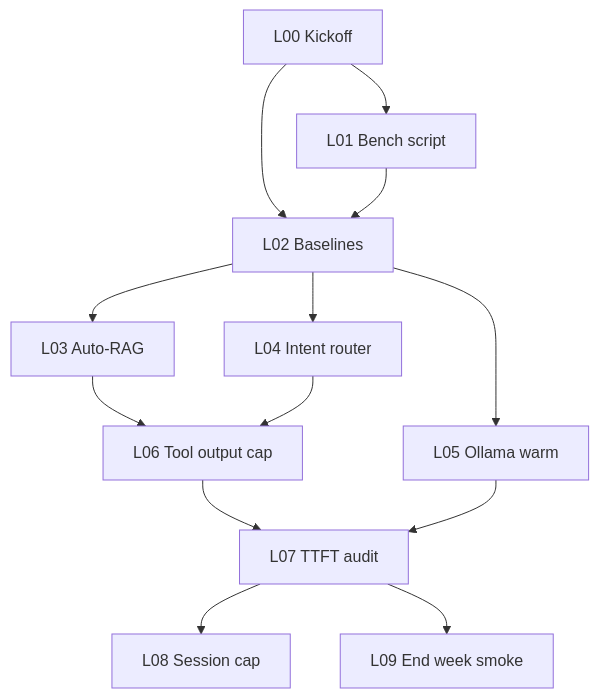
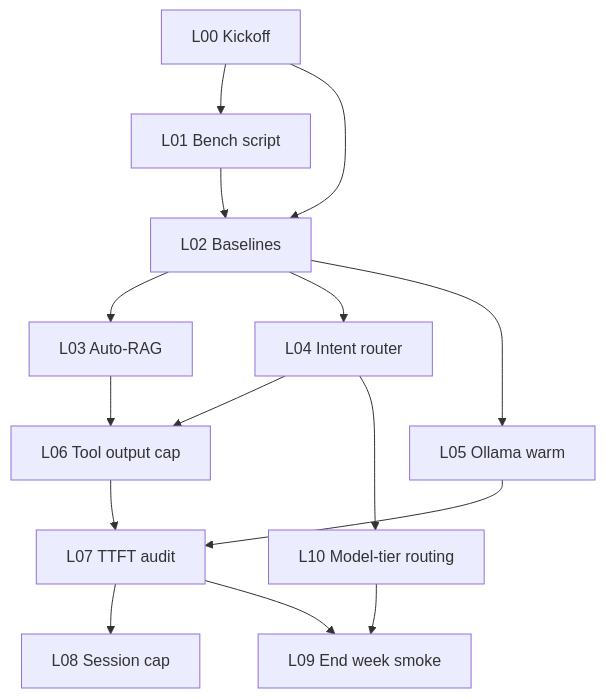
One commit to EduAI-Lab/EduAI changed the second of 2 diagrams in docs/rag-ai/latency/eduai-summer-2026/TEAM_CHAT_LATENCY_SPRINT_GUIDE.md. Above: the diagram before and after it, drawn with Mermaid. The commit also changed other lines of this file and 1 other file, not shown here.

First line of the commit message:
docs(chat-latency): drop web search, switch L02 to dev server, add L10 tier routing

````diff
--- a/docs/rag-ai/latency/eduai-summer-2026/TEAM_CHAT_LATENCY_SPRINT_GUIDE.md
+++ b/docs/rag-ai/latency/eduai-summer-2026/TEAM_CHAT_LATENCY_SPRINT_GUIDE.md
@@ -96,15 +99,17 @@
 ```mermaid
 flowchart TB
   L00[L00 Kickoff] --> L01[L01 Bench script]
   L00 --> L02[L02 Baselines]
   L01 --> L02
   L02 --> L03[L03 Auto-RAG]
   L02 --> L04[L04 Intent router]
   L03 --> L06[L06 Tool output cap]
   L04 --> L06
   L02 --> L05[L05 Ollama warm]
   L06 --> L07[L07 TTFT audit]
   L05 --> L07
   L07 --> L08[L08 Session cap]
-  L07 --> L09[L09 End week smoke]
+  L04 --> L10[L10 Model-tier routing]
+  L10 --> L09[L09 End week smoke]
+  L07 --> L09
 ```
````
